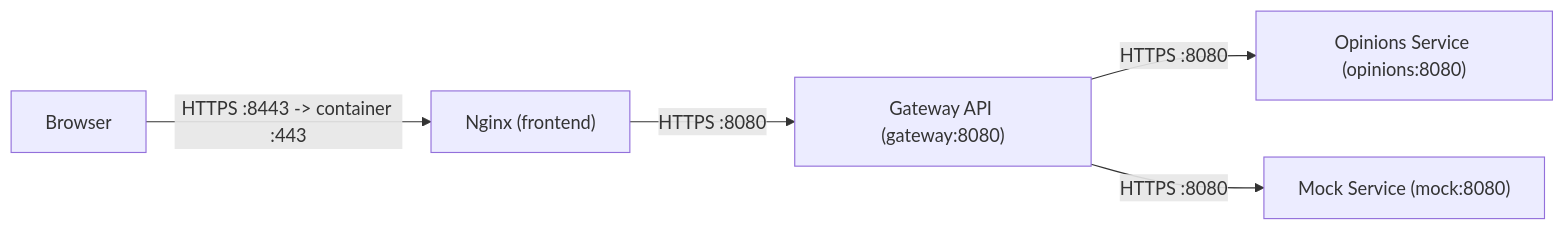
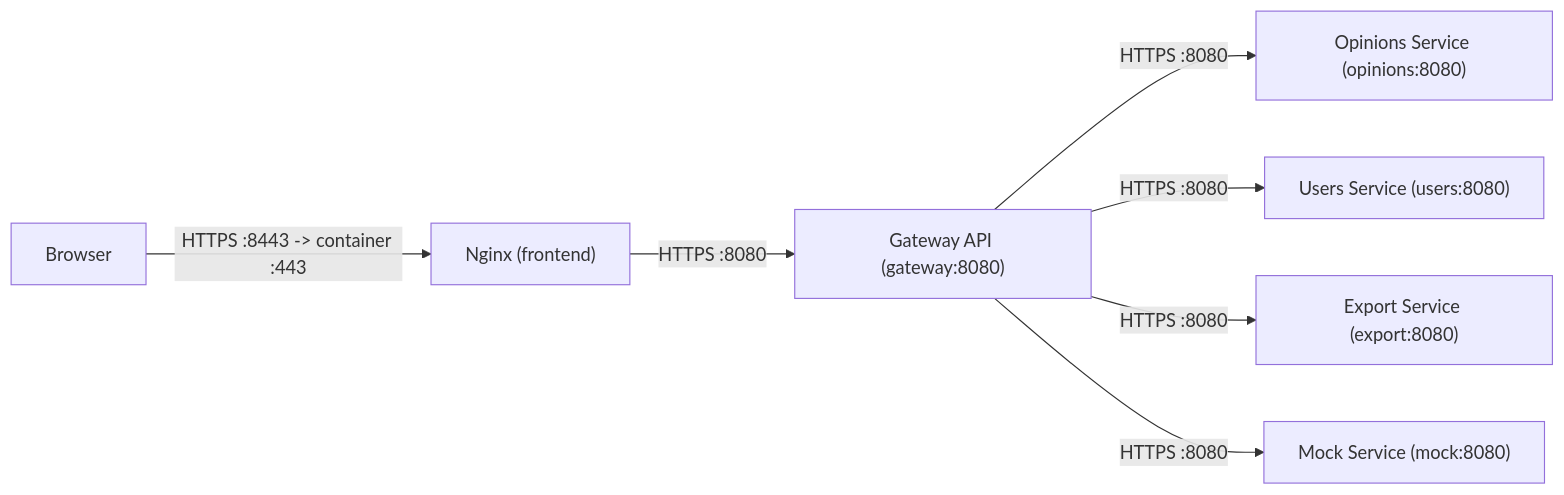
The second of 4 diagrams in docs/docker-architecture.md (owrmille/r8n), drawn with Mermaid before and after one commit. The commit also changed other lines of this file and 3 other files, not shown here.

````diff
--- a/docs/docker-architecture.md
+++ b/docs/docker-architecture.md
@@ -32,13 +36,17 @@
 ```mermaid
 graph LR
   Browser["Browser"]
   Nginx["Nginx (frontend)"]
   Gateway["Gateway API (gateway:8080)"]
   Opinions["Opinions Service (opinions:8080)"]
-  Mock["Mock Service (mock:8080)"]
+  Users["Users Service (users:8080)"]
+Export["Export Service (export:8080)"]
+Mock["Mock Service (mock:8080)"]
 
   Browser -->|"HTTPS :8443 -> container :443"| Nginx
   Nginx -->|"HTTPS :8080"| Gateway
   Gateway -->|"HTTPS :8080"| Opinions
-  Gateway -->|"HTTPS :8080"| Mock
+  Gateway -->|"HTTPS :8080"| Users
+Gateway -->|"HTTPS :8080"| Export
+Gateway -->|"HTTPS :8080"| Mock
 ```
````
